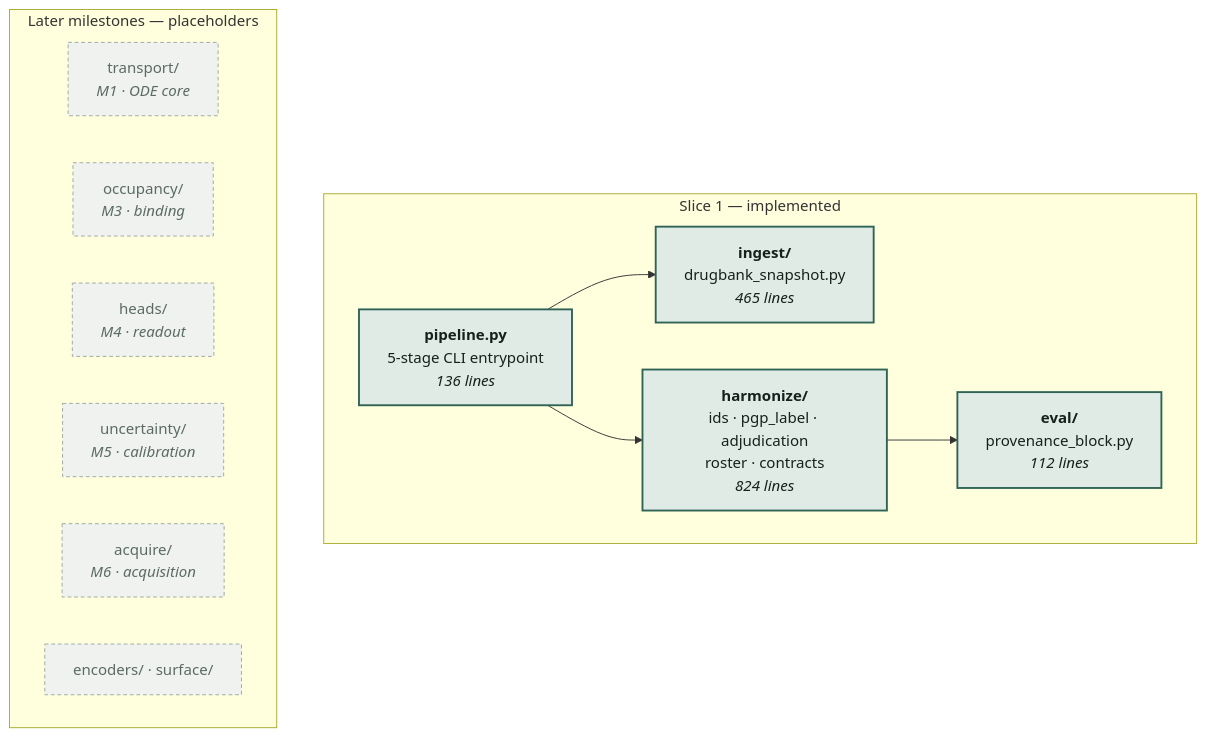
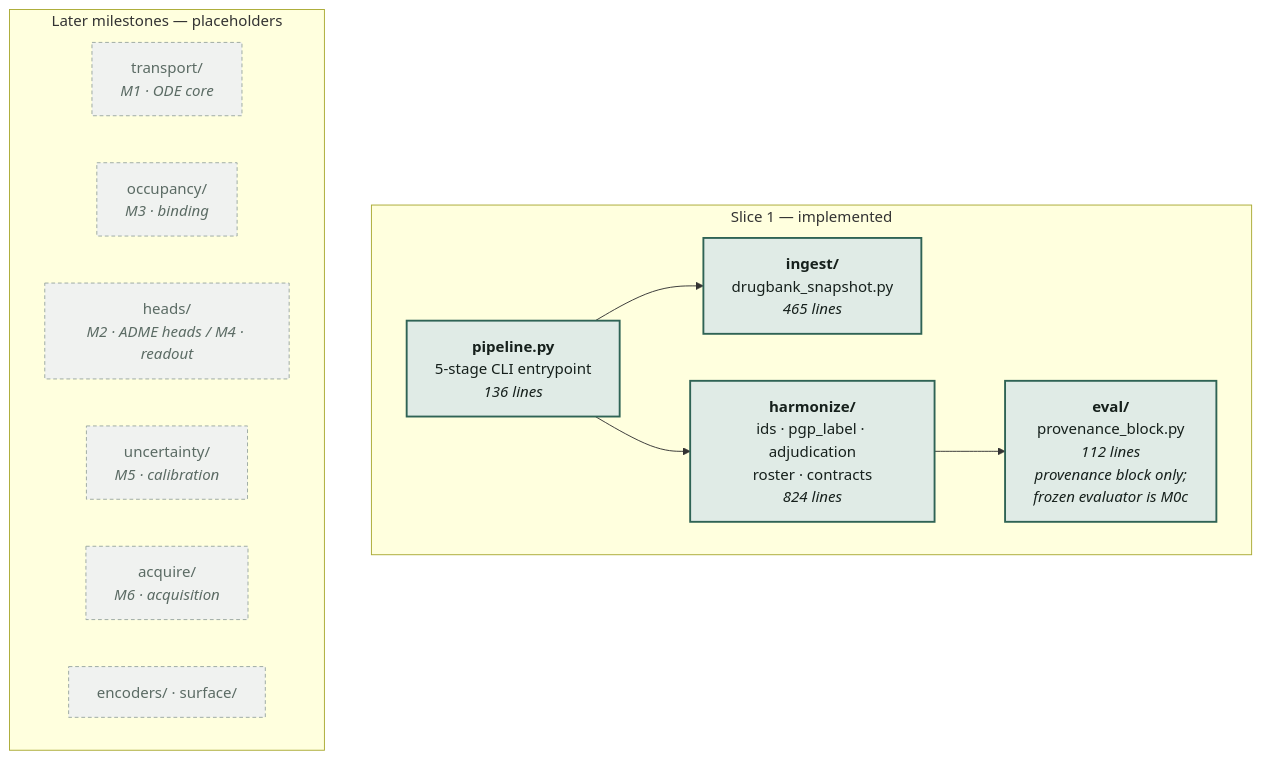
One commit to supmo668/bioFM changed the first of 3 diagrams in projects/lung-on-chipsim/README.md. Above: the diagram before and after it, drawn with Mermaid. The commit also changed other lines of this file and 15 other files, not shown here.

````diff
--- a/projects/lung-on-chipsim/README.md
+++ b/projects/lung-on-chipsim/README.md
@@ -43,27 +44,27 @@
 ```mermaid
 graph TB
     subgraph active["Slice 1 — implemented"]
         ingest["<b>ingest/</b><br/>drugbank_snapshot.py<br/><i>465 lines</i>"]
         harmonize["<b>harmonize/</b><br/>ids · pgp_label · adjudication<br/>roster · contracts<br/><i>824 lines</i>"]
-        evalpkg["<b>eval/</b><br/>provenance_block.py<br/><i>112 lines</i>"]
+        evalpkg["<b>eval/</b><br/>provenance_block.py<br/><i>112 lines</i><br/><i>provenance block only;<br/>frozen evaluator is M0c</i>"]
         pipeline["<b>pipeline.py</b><br/>5-stage CLI entrypoint<br/><i>136 lines</i>"]
     end
 
     subgraph later["Later milestones — placeholders"]
         transport["transport/<br/><i>M1 · ODE core</i>"]
         occupancy["occupancy/<br/><i>M3 · binding</i>"]
-        heads["heads/<br/><i>M4 · readout</i>"]
+        heads["heads/<br/><i>M2 · ADME heads / M4 · readout</i>"]
         uncertainty["uncertainty/<br/><i>M5 · calibration</i>"]
         acquire["acquire/<br/><i>M6 · acquisition</i>"]
         misc["encoders/ · surface/"]
     end
 
     pipeline --> ingest
     pipeline --> harmonize
     harmonize --> evalpkg
 
     classDef live fill:#e0ebe6,stroke:#2f6355,stroke-width:2px,color:#16201c
     classDef stub fill:#f0f2f0,stroke:#9aa8a2,stroke-dasharray:4 3,color:#5b6b64
     class ingest,harmonize,evalpkg,pipeline live
     class transport,occupancy,heads,uncertainty,acquire,misc stub
 ```
````
